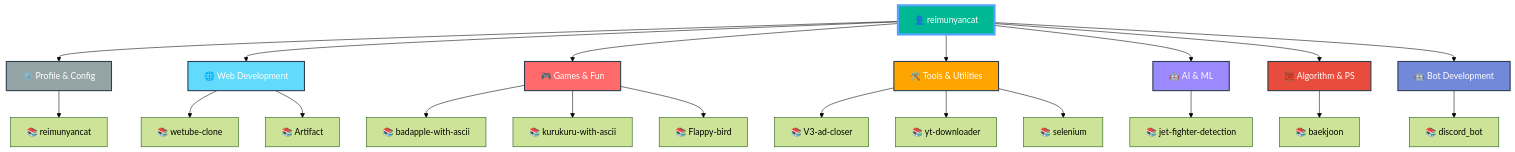
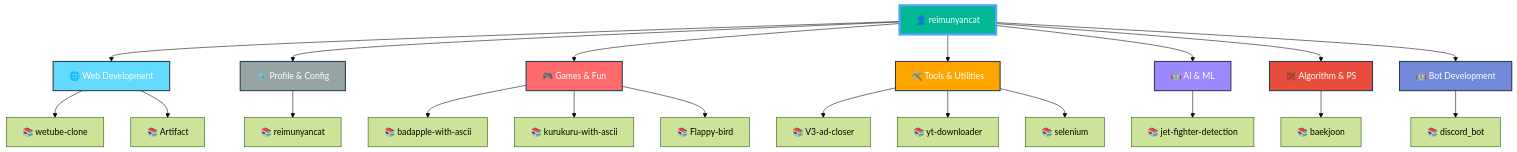
The diagram in README.md (reimunyancat/reimunyancat), drawn with Mermaid (forest theme) before and after one commit. The commit also changed other lines of this file, not shown here.

Commit message:
🤖 Auto-update README with latest repositories

````diff
--- a/README.md
+++ b/README.md
@@ -160,39 +160,39 @@
 ```mermaid
 graph TD
   A[👤 reimunyancat]
 
-  A --> CAT0[⚙️ Profile & Config]
-  CAT0 --> CAT0_0[📚 reimunyancat]
+  A --> CAT0[🌐 Web Development]
+  CAT0 --> CAT0_0[📚 wetube-clone]
+  CAT0 --> CAT0_1[📚 Artifact]
 
-  A --> CAT1[🌐 Web Development]
-  CAT1 --> CAT1_0[📚 wetube-clone]
-  CAT1 --> CAT1_1[📚 Artifact]
+  A --> CAT1[⚙️ Profile & Config]
+  CAT1 --> CAT1_0[📚 reimunyancat]
 
   A --> CAT2[🎮 Games & Fun]
   CAT2 --> CAT2_0[📚 badapple-with-ascii]
   CAT2 --> CAT2_1[📚 kurukuru-with-ascii]
   CAT2 --> CAT2_2[📚 Flappy-bird]
 
   A --> CAT3[🛠️ Tools & Utilities]
   CAT3 --> CAT3_0[📚 V3-ad-closer]
   CAT3 --> CAT3_1[📚 yt-downloader]
   CAT3 --> CAT3_2[📚 selenium]
 
   A --> CAT4[🤖 AI & ML]
   CAT4 --> CAT4_0[📚 jet-fighter-detection]
 
   A --> CAT5[🧮 Algorithm & PS]
   CAT5 --> CAT5_0[📚 baekjoon]
 
   A --> CAT6[🤖 Bot Development]
   CAT6 --> CAT6_0[📚 discord_bot]
 
   style A fill:#00b894,stroke:#55a3ff,stroke-width:4px,color:#fff
-  style CAT0 fill:#95a5a6,stroke:#2c3e50,stroke-width:2px,color:#fff
-  style CAT1 fill:#61dafb,stroke:#2c3e50,stroke-width:2px,color:#fff
+  style CAT0 fill:#61dafb,stroke:#2c3e50,stroke-width:2px,color:#fff
+  style CAT1 fill:#95a5a6,stroke:#2c3e50,stroke-width:2px,color:#fff
   style CAT2 fill:#ff6b6b,stroke:#2c3e50,stroke-width:2px,color:#fff
   style CAT3 fill:#ffa500,stroke:#2c3e50,stroke-width:2px,color:#fff
   style CAT4 fill:#9c88ff,stroke:#2c3e50,stroke-width:2px,color:#fff
   style CAT5 fill:#e74c3c,stroke:#2c3e50,stroke-width:2px,color:#fff
   style CAT6 fill:#7289da,stroke:#2c3e50,stroke-width:2px,color:#fff
 ```
````
